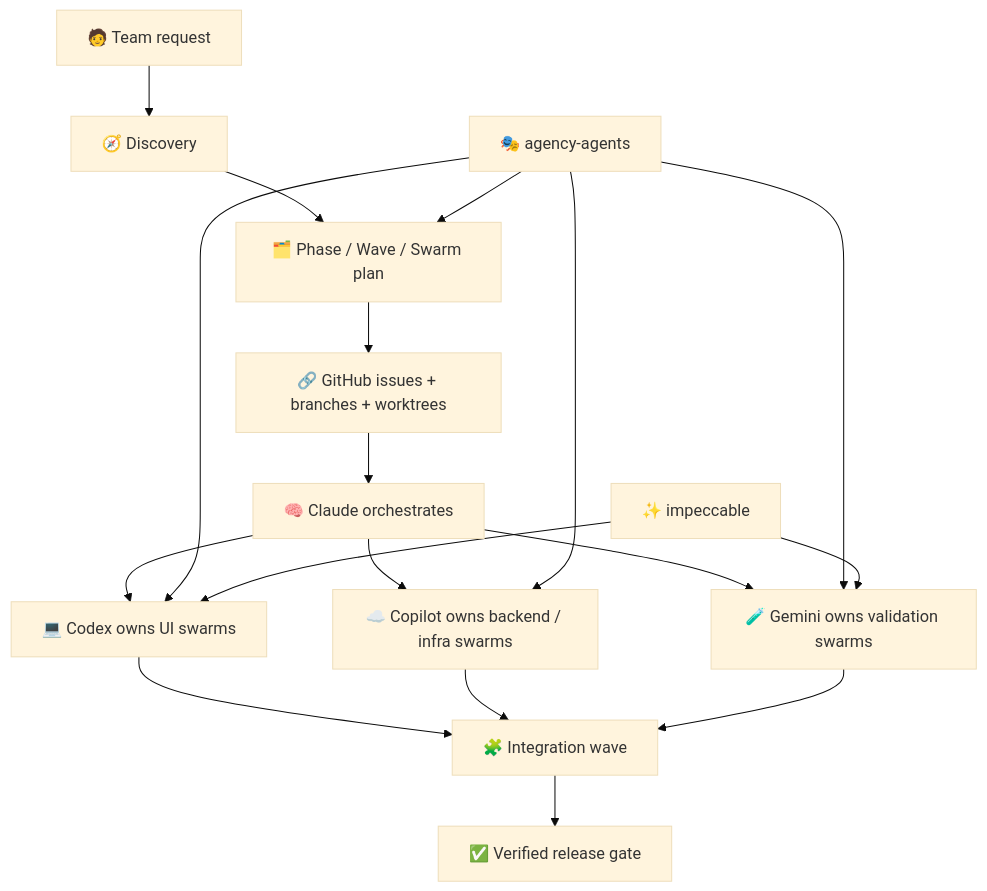
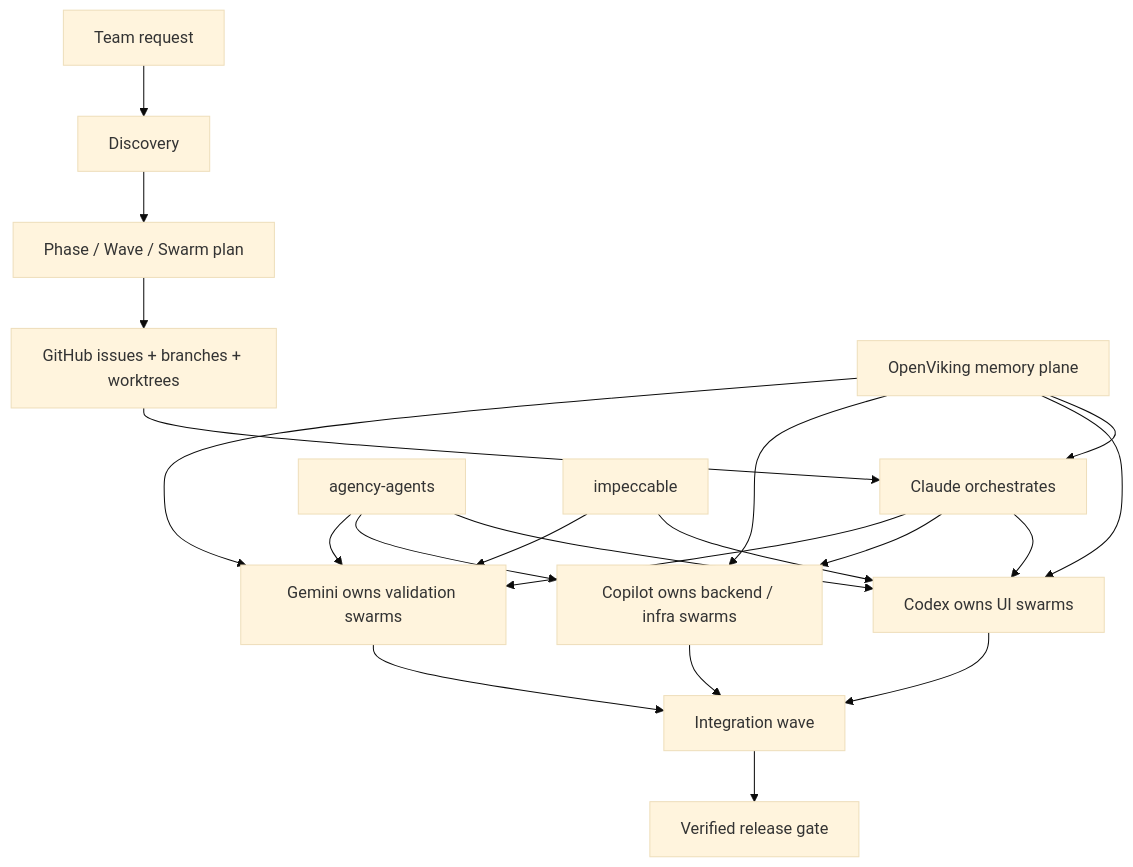
Before and after one commit to Sheshiyer/swarm-architect-skill: the diagram in README.md, drawn with Mermaid (base theme). The commit also changed other lines of this file and 2 other files, not shown here.

````diff
--- a/README.md
+++ b/README.md
@@ -136,20 +206,23 @@
 ```mermaid
 graph TD
-    U[🧑 Team request] --> D[🧭 Discovery]
-    D --> P[🗂️ Phase / Wave / Swarm plan]
-    P --> G[🔗 GitHub issues + branches + worktrees]
-    G --> C[🧠 Claude orchestrates]
-    C --> X[💻 Codex owns UI swarms]
-    C --> Y[☁️ Copilot owns backend / infra swarms]
-    C --> Z[🧪 Gemini owns validation swarms]
-    X --> I[🧩 Integration wave]
+    U[Team request] --> D[Discovery]
+    D --> P[Phase / Wave / Swarm plan]
+    P --> G[GitHub issues + branches + worktrees]
+    G --> C[Claude orchestrates]
+    C --> X[Codex owns UI swarms]
+    C --> Y[Copilot owns backend / infra swarms]
+    C --> Z[Gemini owns validation swarms]
+    A[agency-agents] --> X
+    A --> Y
+    A --> Z
+    M[impeccable] --> X
+    M --> Z
+    V[OpenViking memory plane] --> C
+    V --> X
+    V --> Y
+    V --> Z
+    X --> I[Integration wave]
     Y --> I
     Z --> I
-    A[🎭 agency-agents] --> P
-    A --> X
-    A --> Y
-    A --> Z
-    M[✨ impeccable] --> X
-    M --> Z
-    I --> V[✅ Verified release gate]
+    I --> R[Verified release gate]
 ```
````
